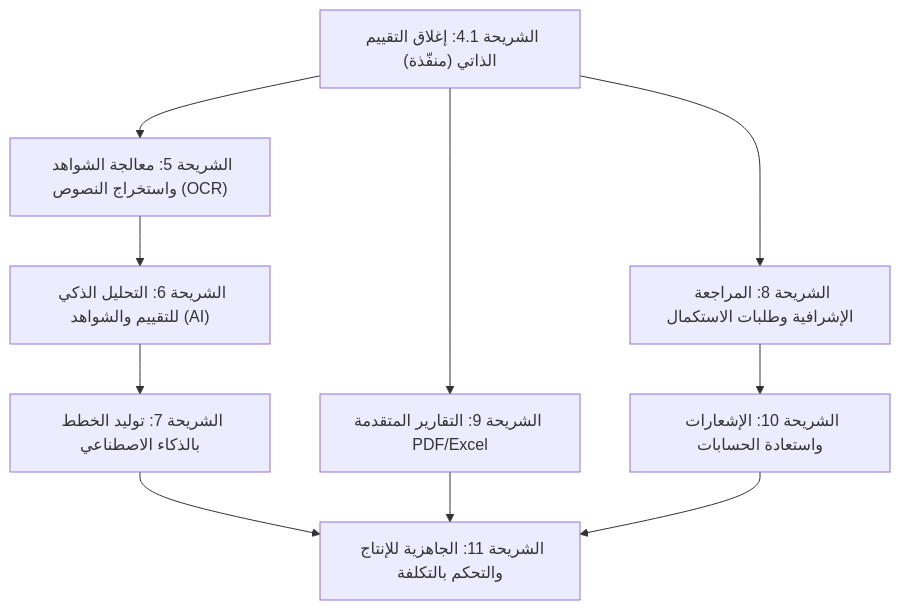
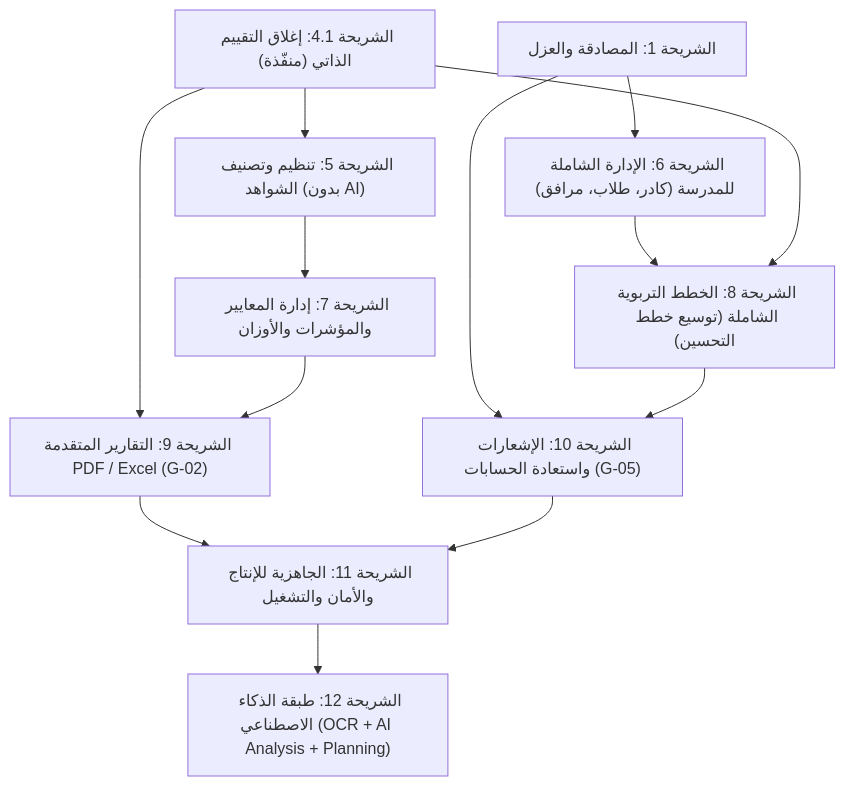
One commit to codewizardmx0-lgtm/school-quality-system changed the diagram in docs/slices_roadmap.md. Above: the diagram before and after it, drawn with Mermaid. The commit also changed other lines of this file and 12 other files, not shown here.

````diff
--- a/docs/slices_roadmap.md
+++ b/docs/slices_roadmap.md
@@ -39,12 +45,15 @@
 ```mermaid
 flowchart TD
-    S4_1["الشريحة 4.1: إغلاق التقييم الذاتي (منفّذة)"] --> S5["الشريحة 5: معالجة الشواهد واستخراج النصوص (OCR)"]
-    S4_1 --> S9["الشريحة 9: التقارير المتقدمة PDF/Excel"]
-    S5 --> S6["الشريحة 6: التحليل الذكي للتقييم والشواهد (AI)"]
-    S6 --> S7["الشريحة 7: توليد الخطط بالذكاء الاصطناعي"]
-    S4_1 --> S8["الشريحة 8: المراجعة الإشرافية وطلبات الاستكمال"]
-    S8 --> S10["الشريحة 10: الإشعارات واستعادة الحسابات"]
-    S7 --> S11["الشريحة 11: الجاهزية للإنتاج والتحكم بالتكلفة"]
-    S9 --> S11
+    S4_1["الشريحة 4.1: إغلاق التقييم الذاتي (منفّذة)"] --> S5["الشريحة 5: تنظيم وتصنيف الشواهد (بدون AI)"]
+    S1["الشريحة 1: المصادقة والعزل"] --> S6["الشريحة 6: الإدارة الشاملة للمدرسة (كادر، طلاب، مرافق)"]
+    S5 --> S7["الشريحة 7: إدارة المعايير والمؤشرات والأوزان"]
+    S6 --> S8["الشريحة 8: الخطط التربوية الشاملة (توسيع خطط التحسين)"]
+    S4_1 --> S8
+    S4_1 --> S9["الشريحة 9: التقارير المتقدمة PDF / Excel (G-02)"]
+    S7 --> S9
+    S1 --> S10["الشريحة 10: الإشعارات واستعادة الحسابات (G-05)"]
+    S8 --> S10
+    S9 --> S11["الشريحة 11: الجاهزية للإنتاج والأمان والتشغيل"]
     S10 --> S11
+    S11 --> S12["الشريحة 12: طبقة الذكاء الاصطناعي (OCR + AI Analysis + Planning)"]
 ```
````
